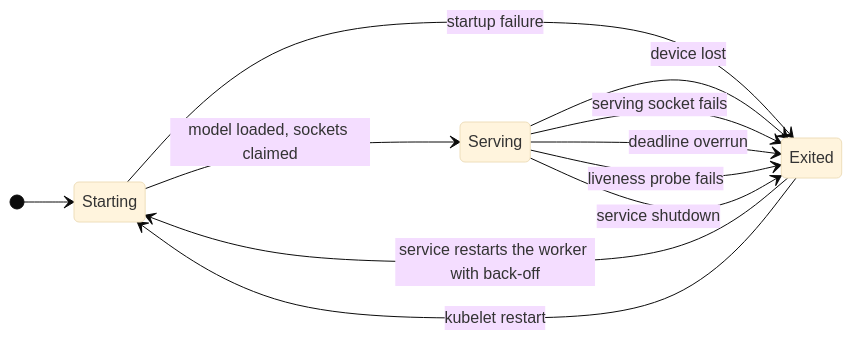
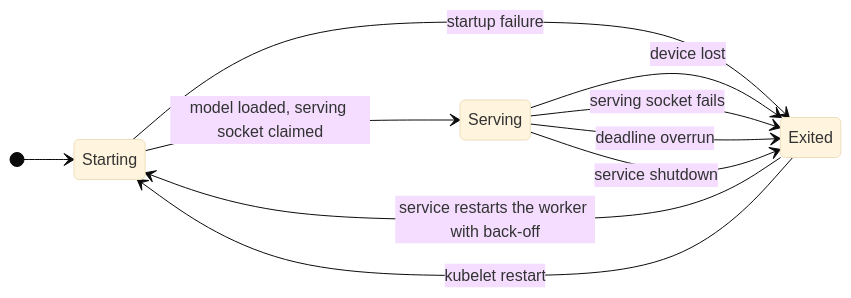
One commit to cvandesande/corvette changed the second of 2 diagrams in docs/design/detection.md. Above: the diagram before and after it, drawn with Mermaid (base theme). The commit also changed other lines of this file and 11 other files, not shown here.

````diff
--- a/docs/design/detection.md
+++ b/docs/design/detection.md
@@ -84,14 +84,13 @@
 ```mermaid
 stateDiagram-v2
     direction LR
     [*] --> Starting
-    Starting --> Serving: model loaded, sockets claimed
+    Starting --> Serving: model loaded, serving socket claimed
     Starting --> Exited: startup failure
     Serving --> Exited: device lost
     Serving --> Exited: serving socket fails
     Serving --> Exited: deadline overrun
-    Serving --> Exited: liveness probe fails
     Serving --> Exited: service shutdown
     Exited --> Starting: service restarts the worker with back-off
     Exited --> Starting: kubelet restart
 ```
````
